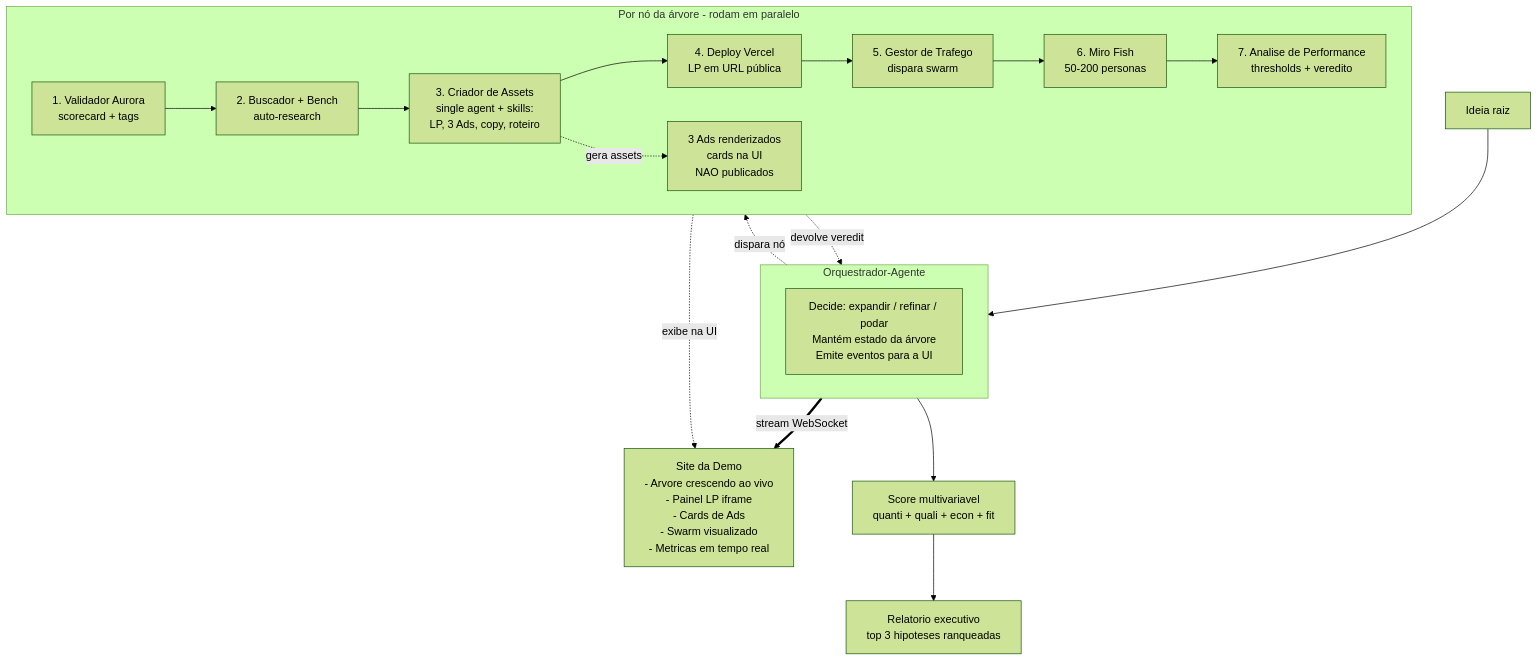
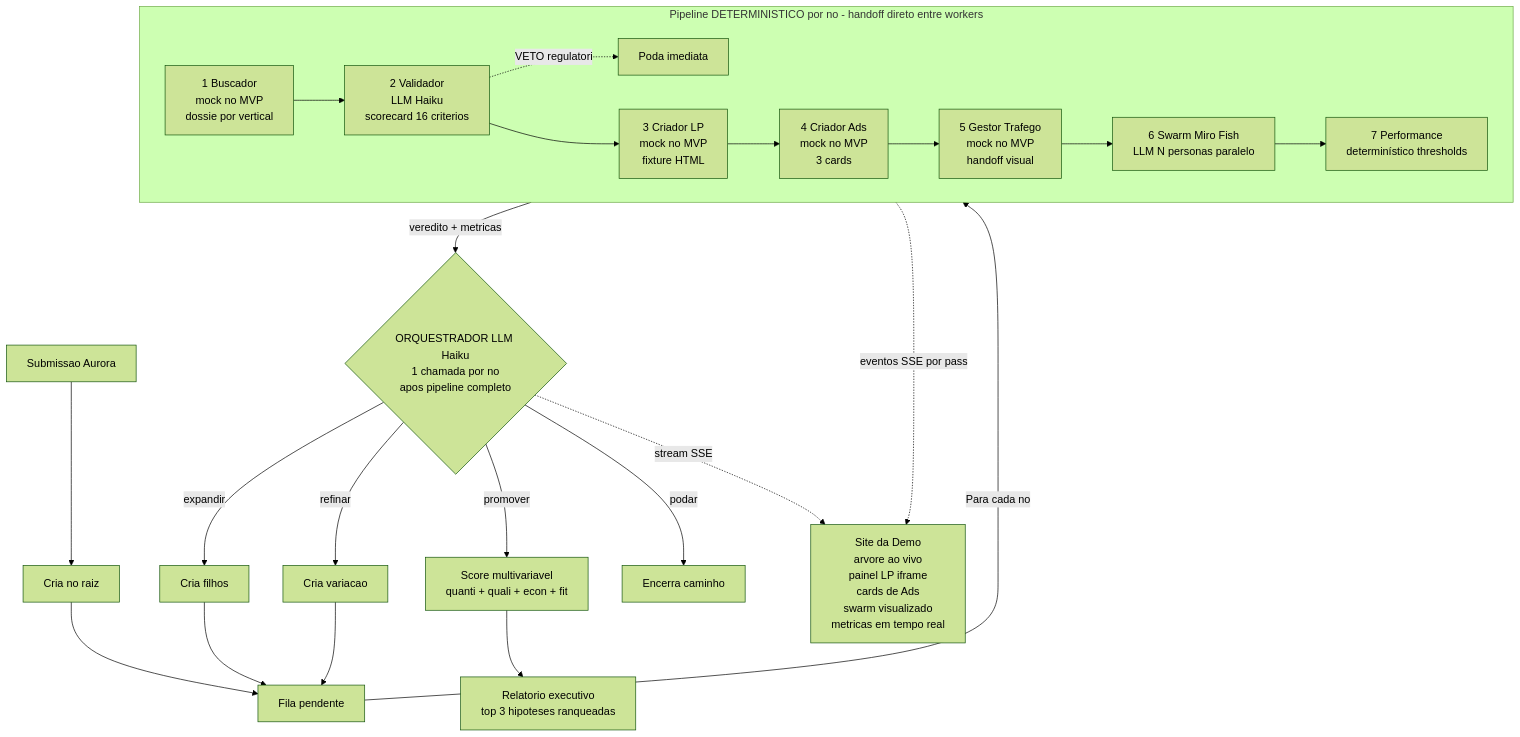
One commit to gui555pl/beyond-agents-argentina changed the second of 2 diagrams in Arquitetura - Autovalidador de Ideias.md. Above: the diagram before and after it, drawn with Mermaid (forest theme). The commit also changed other lines of this file and 80 other files, not shown here.

````diff
--- a/Arquitetura - Autovalidador de Ideias.md
+++ b/Arquitetura - Autovalidador de Ideias.md
@@ -363,34 +451,40 @@
 ```mermaid
 flowchart TB
-    input[Ideia raiz]
+    submissao[Submissao Aurora]
+    submissao --> raiz[Cria no raiz]
+    raiz --> fila[Fila pendente]
 
-    subgraph orchestrator[Orquestrador-Agente]
-        ctrl[Decide: expandir / refinar / podar<br/>Mantém estado da árvore<br/>Emite eventos para a UI]
-    end
-    input --> orchestrator
+    orq{"ORQUESTRADOR LLM Haiku<br/>1 chamada por no<br/>apos pipeline completo"}
 
-    subgraph hypothesis_pipeline[Por nó da árvore - rodam em paralelo]
+    orq -->|expandir| filhos[Cria filhos]
+    orq -->|refinar| variacao[Cria variacao]
+    orq -->|promover| scoreFinal["Score multivariavel<br/>quanti + quali + econ + fit"]
+    orq -->|podar| morta[Encerra caminho]
+
+    filhos --> fila
+    variacao --> fila
+
+    fila -->|Para cada no| b
+
+    subgraph pipeline [Pipeline DETERMINISTICO por no - handoff direto entre workers]
         direction LR
-        v[1. Validador Aurora<br/>scorecard + tags]
-        b[2. Buscador + Bench<br/>auto-research]
-        creator[3. Criador de Assets<br/>single agent + skills:<br/>LP, 3 Ads, copy, roteiro]
-        deploy[4. Deploy Vercel<br/>LP em URL pública]
-        trafego[5. Gestor de Trafego<br/>dispara swarm]
-        miro[6. Miro Fish<br/>50-200 personas]
-        perf[7. Analise de Performance<br/>thresholds + veredito]
+        b["1 Buscador<br/>mock no MVP<br/>dossie por vertical"]
+        v["2 Validador<br/>LLM Haiku<br/>scorecard 16 criterios"]
+        lp["3 Criador LP<br/>mock no MVP<br/>fixture HTML"]
+        ads["4 Criador Ads<br/>mock no MVP<br/>3 cards"]
+        trafego["5 Gestor Trafego<br/>mock no MVP<br/>handoff visual"]
+        swarm["6 Swarm Miro Fish<br/>LLM N personas paralelo"]
+        perf["7 Performance<br/>determinístico thresholds"]
 
-        v --> b --> creator
-        creator --> deploy
-        creator -.gera assets.-> ads[3 Ads renderizados<br/>cards na UI<br/>NAO publicados]
-        deploy --> trafego --> miro --> perf
+        b --> v
+        v -.VETO regulatorio.-> podaEarly[Poda imediata]
+        v --> lp --> ads --> trafego --> swarm --> perf
     end
 
-    orchestrator -.dispara nó.-> v
-    perf -.devolve veredito.-> orchestrator
+    perf -->|veredito + metricas| orq
 
-    orchestrator ==>|stream WebSocket| ui[Site da Demo<br/>- Arvore crescendo ao vivo<br/>- Painel LP iframe<br/>- Cards de Ads<br/>- Swarm visualizado<br/>- Metricas em tempo real]
-    ads -.exibe na UI.-> ui
+    scoreFinal --> relatorio["Relatorio executivo<br/>top 3 hipoteses ranqueadas"]
 
-    orchestrator --> score[Score multivariavel<br/>quanti + quali + econ + fit]
-    score --> report[Relatorio executivo<br/>top 3 hipoteses ranqueadas]
+    orq -.stream SSE.-> ui["Site da Demo<br/>arvore ao vivo<br/>painel LP iframe<br/>cards de Ads<br/>swarm visualizado<br/>metricas em tempo real"]
+    pipeline -.eventos SSE por passo.-> ui
 ```
````
